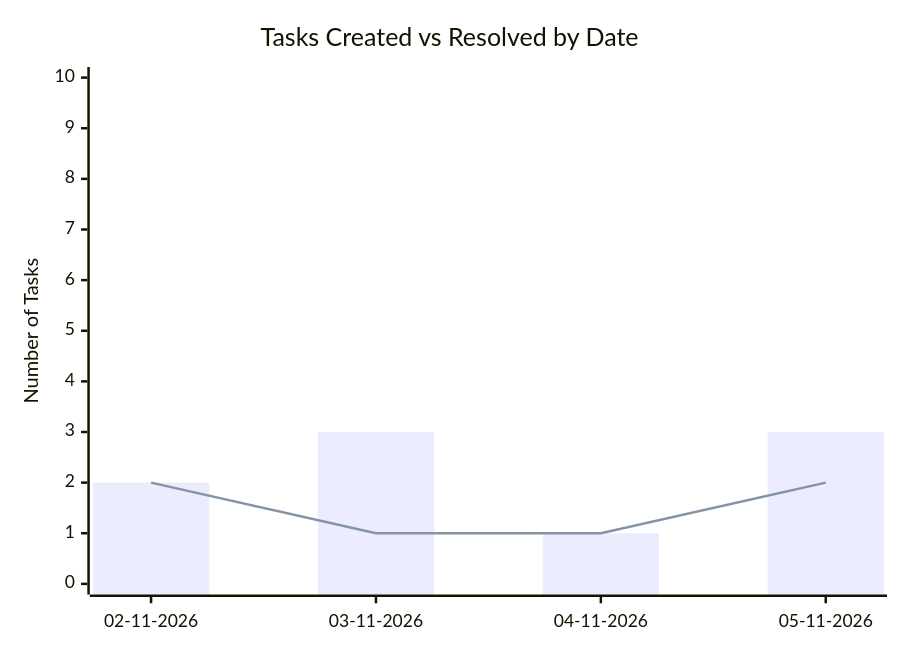
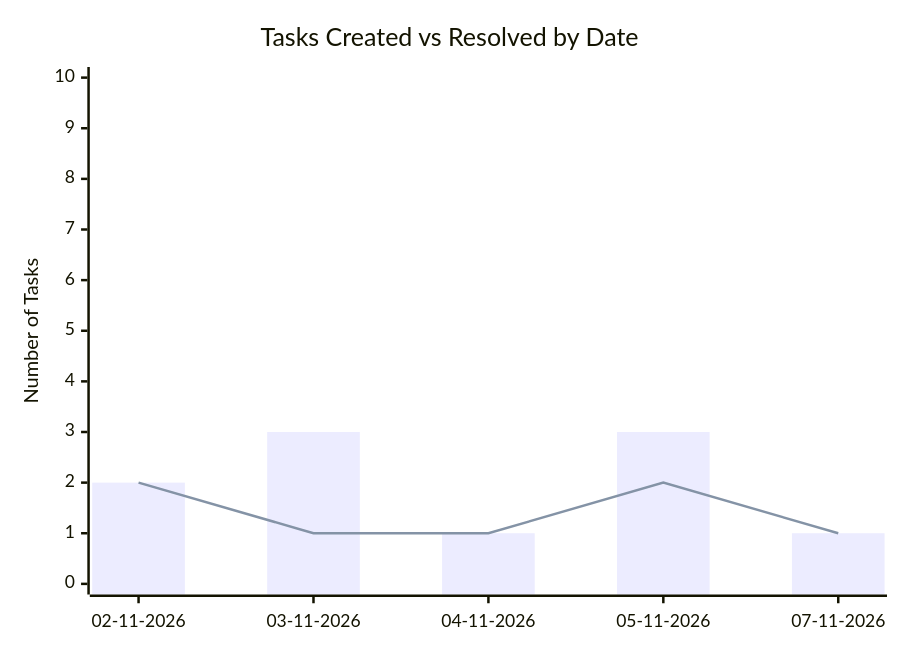
Before and after one commit to sagarms97/MyWorkDairy: the second of 2 diagrams in KUD/Analytics.md, drawn with Mermaid. The commit also changed other lines of this file and 7 other files, not shown here.

````diff
--- a/KUD/Analytics.md
+++ b/KUD/Analytics.md
@@ -27,8 +28,8 @@
 ```mermaid
 xychart-beta
     title "Tasks Created vs Resolved by Date"
-    x-axis ["02-11-2026", "03-11-2026", "04-11-2026", "05-11-2026"]
+    x-axis ["02-11-2026", "03-11-2026", "04-11-2026", "05-11-2026", "07-11-2026"]
     y-axis "Number of Tasks" 0 --> 10
-    bar [2, 3, 1, 3]
-    line [2, 1, 1, 2]
+    bar [2, 3, 1, 3, 1]
+    line [2, 1, 1, 2, 1]
 ```
````
